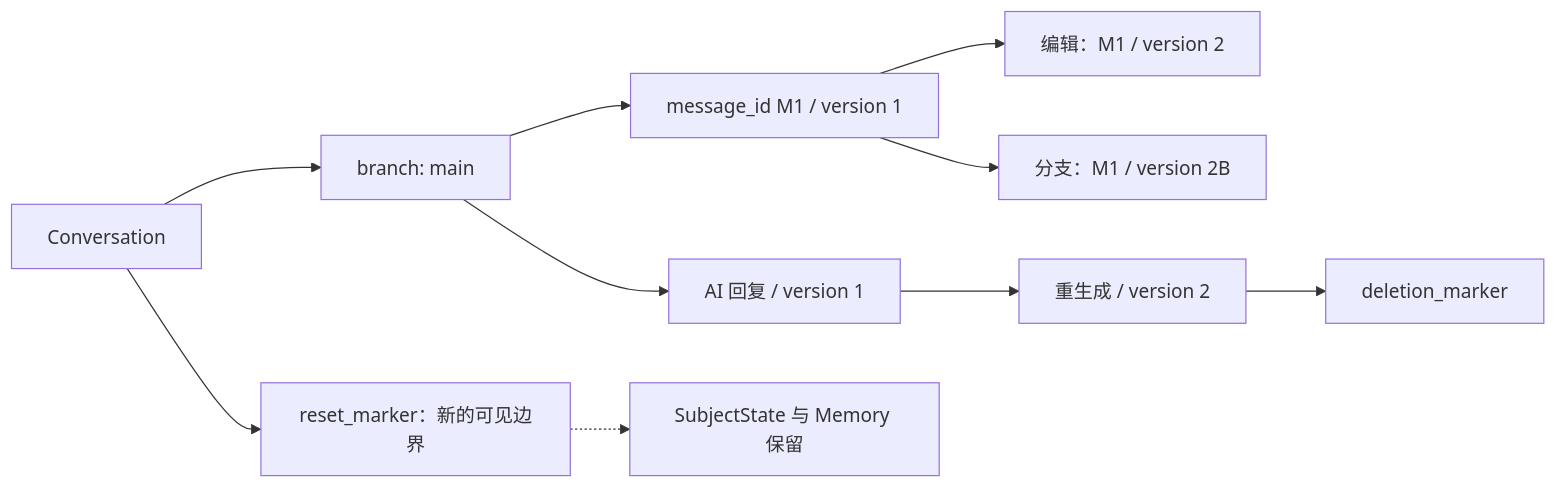
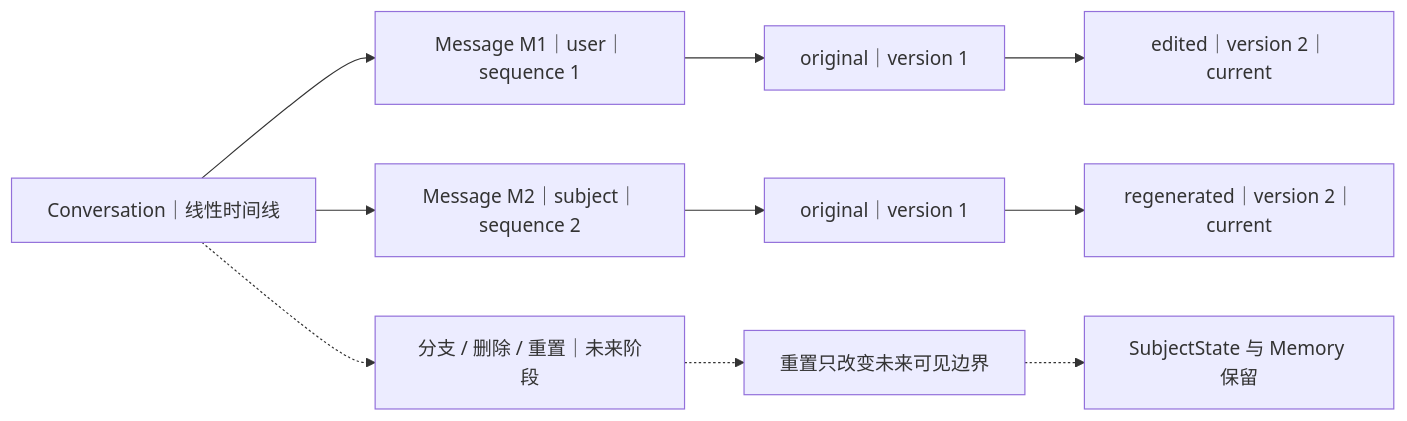
One commit to yuan69082-code/vio-live-frontend changed the third of 5 diagrams in docs/后端/数据关系图.md. Above: the diagram before and after it, drawn with Mermaid. The commit also changed other lines of this file and 36 other files, not shown here.

````diff
--- a/docs/后端/数据关系图.md
+++ b/docs/后端/数据关系图.md
@@ -234,12 +243,12 @@
 ```mermaid
 flowchart LR
-    C["Conversation"] --> B1["branch: main"]
-    B1 --> V1["message_id M1 / version 1"]
-    V1 --> V2["编辑：M1 / version 2"]
-    V1 --> V3["分支：M1 / version 2B"]
-    B1 --> R1["AI 回复 / version 1"]
-    R1 --> R2["重生成 / version 2"]
-    R2 --> D["deletion_marker"]
-    C --> X["reset_marker：新的可见边界"]
+    C["Conversation｜线性时间线"] --> M1["Message M1｜user｜sequence 1"]
+    M1 --> V1["original｜version 1"]
+    V1 --> V2["edited｜version 2｜current"]
+    C --> M2["Message M2｜subject｜sequence 2"]
+    M2 --> R1["original｜version 1"]
+    R1 --> R2["regenerated｜version 2｜current"]
+    C -.-> FUTURE["分支 / 删除 / 重置｜未来阶段"]
+    FUTURE -.-> X["重置只改变未来可见边界"]
     X -.-> KEEP["SubjectState 与 Memory 保留"]
 ```
````
